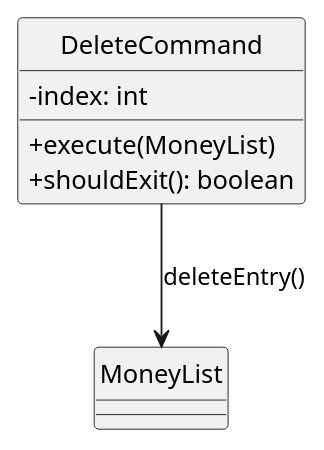
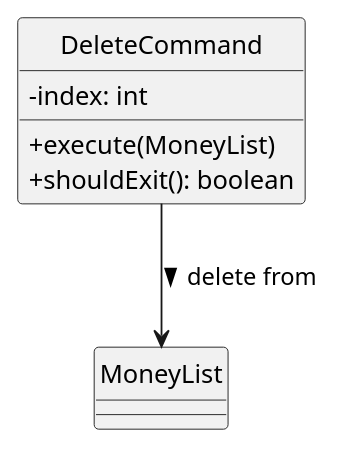
One commit to EdwinTun98/tp changed the diagram in docs/diagrams/DeleteCommand_Class.puml. Above: the diagram before and after it, drawn with PlantUML. The commit also changed 10 other files, not shown here.

Commit message:
Added association arrows in all class diagrams

```diff
--- a/docs/diagrams/DeleteCommand_Class.puml
+++ b/docs/diagrams/DeleteCommand_Class.puml
@@ -1,11 +1,12 @@
 @startuml DeleteCommand_Class
 hide circle
 skinparam classAttributeIconSize 0
 
 class DeleteCommand {
   - index: int
   + execute(MoneyList)
   + shouldExit(): boolean
 }
-DeleteCommand --> MoneyList : "deleteEntry()"
+
+DeleteCommand --> MoneyList : delete from >
 @enduml
```
